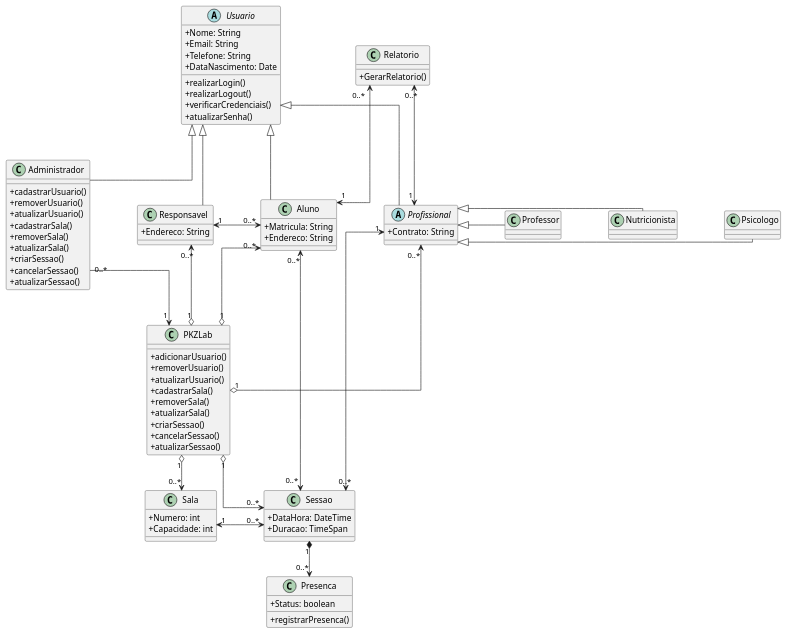
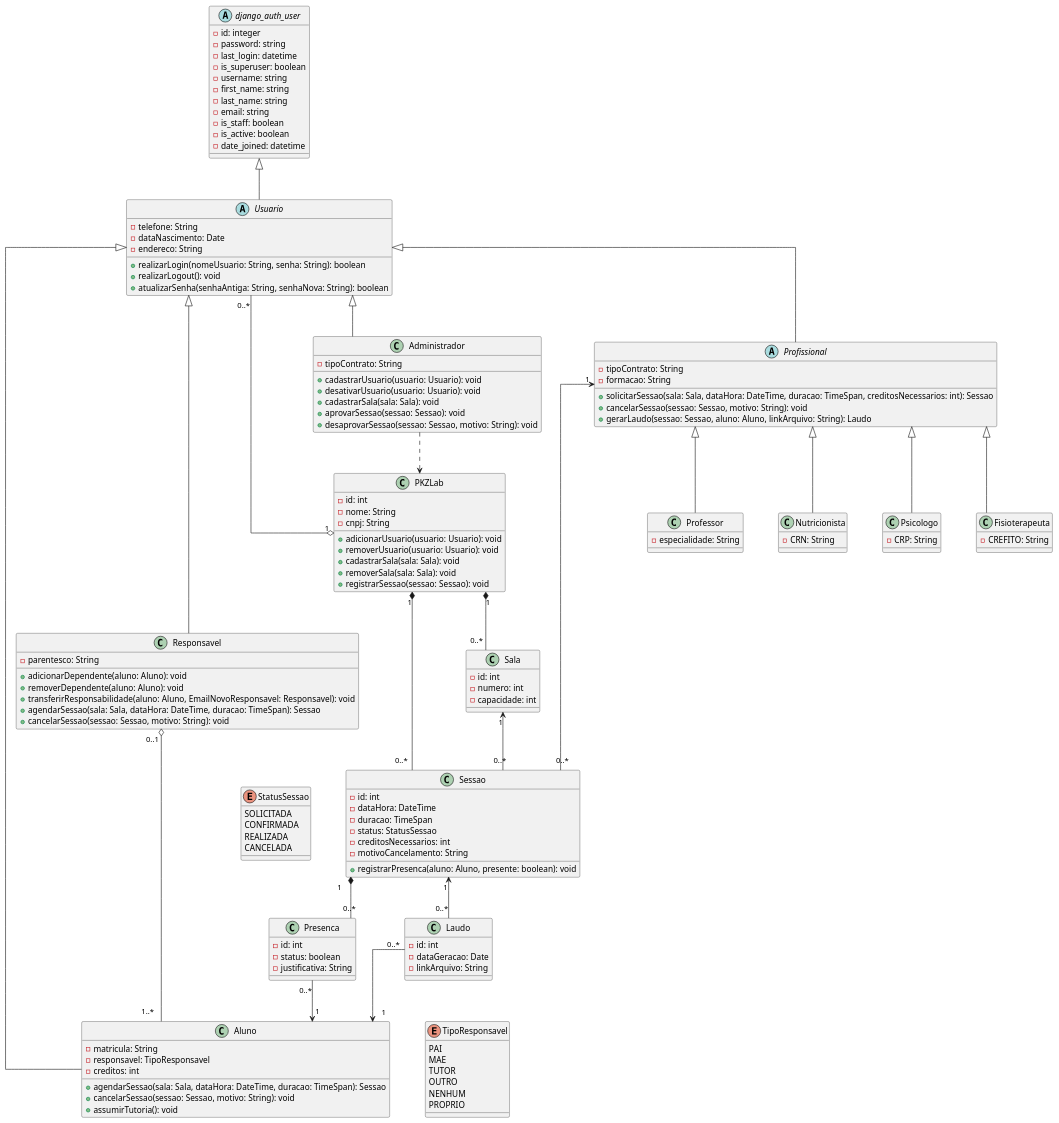
One commit to Projetos-de-Extensao/PECDII_26.2_8001_III changed the diagram in docs/Elaboracao/diagrama_de_classes_2.puml. Above: the diagram before and after it, drawn with PlantUML.

Commit message:
docs: termina diagrama de classes v2

```diff
--- a/docs/Elaboracao/diagrama_de_classes_2.puml
+++ b/docs/Elaboracao/diagrama_de_classes_2.puml
@@ -1,129 +1,188 @@
 @startuml
-
-skinparam classAttributeIconSize 0
 skinparam linetype ortho
-skinparam nodesep 80
-skinparam ranksep 60
+skinparam nodesep 60
+skinparam ranksep 70
 
 ' ==========================================
-' DECLARAÇÃO DAS CLASSES
+' ENUMS
+' ==========================================
+enum StatusSessao {
+    SOLICITADA
+    CONFIRMADA
+    REALIZADA
+    CANCELADA
+}
+
+' ==========================================
+' AGREGADOR RAIZ / SISTEMA (PKZLab)
+' ==========================================
+class PKZLab {
+    - id: int
+    - nome: String
+    - cnpj: String
+    + adicionarUsuario(usuario: Usuario): void
+    + removerUsuario(usuario: Usuario): void
+    + cadastrarSala(sala: Sala): void
+    + removerSala(sala: Sala): void
+    + registrarSessao(sessao: Sessao): void
+}
+
+' ==========================================
+' HIERARQUIA DE USUÁRIOS
 ' ==========================================
 
+abstract class django_auth_user {
+    - id: integer
+    - password: string
+    - last_login: datetime
+    - is_superuser: boolean
+    - username: string
+    - first_name: string
+    - last_name: string
+    - email: string
+    - is_staff: boolean
+    - is_active: boolean
+    - date_joined: datetime
+}
+
 abstract class Usuario {
-    + Nome: String
-    + Email: String
-    + Telefone: String
-    + DataNascimento: Date
-    + realizarLogin()
-    + realizarLogout()
-    + verificarCredenciais()
-    + atualizarSenha()
+    - telefone: String
+    - dataNascimento: Date
+    - endereco: String
+    + realizarLogin(nomeUsuario: String, senha: String): boolean
+    + realizarLogout(): void
+    + atualizarSenha(senhaAntiga: String, senhaNova: String): boolean
 }
 
 class Administrador {
-    + cadastrarUsuario()
-    + removerUsuario()
-    + atualizarUsuario()
-    + cadastrarSala()
-    + removerSala()
-    + atualizarSala()
-    + criarSessao()
-    + cancelarSessao()
-    + atualizarSessao()
+    - tipoContrato: String
+    + cadastrarUsuario(usuario: Usuario): void
+    + desativarUsuario(usuario: Usuario): void
+    + cadastrarSala(sala: Sala): void
+    + aprovarSessao(sessao: Sessao): void
+    + desaprovarSessao(sessao: Sessao, motivo: String): void
 }
 
 class Responsavel {
-    + Endereco: String
+    - parentesco: String
+    + adicionarDependente(aluno: Aluno): void
+    + removerDependente(aluno: Aluno): void
+    + transferirResponsabilidade(aluno: Aluno, EmailNovoResponsavel: Responsavel): void
+    + agendarSessao(sala: Sala, dataHora: DateTime, duracao: TimeSpan): Sessao
+    + cancelarSessao(sessao: Sessao, motivo: String): void
+
+}
+
+enum TipoResponsavel {
+    PAI
+    MAE
+    TUTOR
+    OUTRO
+    NENHUM
+    PROPRIO
 }
 
 class Aluno {
-    + Matricula: String
-    + Endereco: String
+    - matricula: String
+    - responsavel: TipoResponsavel
+    - creditos: int
+    + agendarSessao(sala: Sala, dataHora: DateTime, duracao: TimeSpan): Sessao
+    + cancelarSessao(sessao: Sessao, motivo: String): void
+    + assumirTutoria(): void
 }
 
 abstract class Profissional {
-    + Contrato: String
+    - tipoContrato: String
+    - formacao: String
+    + solicitarSessao(sala: Sala, dataHora: DateTime, duracao: TimeSpan, creditosNecessarios: int): Sessao
+    + cancelarSessao(sessao: Sessao, motivo: String): void
+    + gerarLaudo(sessao: Sessao, aluno: Aluno, linkArquivo: String): Laudo
 }
 
 class Professor {
+    - especialidade: String
+}
+
+class Nutricionista {
+    - CRN: String
 }
 
 class Psicologo {
+    - CRP: String
 }
 
-class Nutricionista {
+class Fisioterapeuta{
+    - CREFITO: String
 }
 
-class PKZLab {
-    + adicionarUsuario()
-    + removerUsuario()
-    + atualizarUsuario()
-    + cadastrarSala()
-    + removerSala()
-    + atualizarSala()
-    + criarSessao()
-    + cancelarSessao()
-    + atualizarSessao()
-}
+django_auth_user <|-- Usuario
 
-class Relatorio {
-    + GerarRelatorio()
-}
-
-class Sala {
-    + Numero: int
-    + Capacidade: int
-}
-
-class Sessao {
-    + DataHora: DateTime
-    + Duracao: TimeSpan
-}
-
-class Presenca {
-    + Status: boolean
-    + registrarPresenca()
-}
-
-' ==========================================
-' ESTRUTURA DE GRADE (ALINHAMENTO VISUAL)
-' ==========================================
-
-' --- LINHA 1 para LINHA 2: Herança de Usuario ---
 Usuario <|-- Administrador
 Usuario <|-- Responsavel
 Usuario <|-- Aluno
 Usuario <|-- Profissional
 
-' Trava a ordem horizontal da Linha 2:
-Administrador -[hidden]right-> Responsavel
-Responsavel "1" <-right-> "0..*" Aluno
-Aluno -[hidden]right-> Profissional
+Profissional <|-- Professor
+Profissional <|-- Nutricionista
+Profissional <|-- Psicologo
+Profissional <|-- Fisioterapeuta
 
-' --- Herança de Profissional (Empilhados à Direita) ---
-' 1. Posiciona as 3 subclasses na coluna à direita de Profissional:
-Profissional <|-right- Psicologo
-Profissional <|-right- Nutricionista
-Profissional <|-right- Professor
+Responsavel "0..1" o-- "1..*" Aluno
 
-' --- LINHA 2 para LINHA 3: PKZLab (Esquerda) e Relatorio (Centro-Direita) ---
-Administrador "0..*" --> "1" PKZLab
-Responsavel "0..*" <--o "1" PKZLab
-Aluno "0..*" <--o "1" PKZLab
-Profissional "0..*" <--o "1" PKZLab
+TipoResponsavel -[hidden]left-> Aluno
 
-Aluno "1" <-up-> "0..*" Relatorio
-Profissional "1" <--> "0..*" Relatorio
+' ==========================================
+' SESSÃO, SALA E AGENDAMENTO
+' ==========================================
+class Sala {
+    - id: int
+    - numero: int
+    - capacidade: int
+}
 
-' --- LINHA 3 para LINHA 4: Sala, Sessao e Presenca ---
-PKZLab "1" o--> "0..*" Sala
-PKZLab "1" o--> "0..*" Sessao
+class Sessao {
+    - id: int
+    - dataHora: DateTime
+    - duracao: TimeSpan
+    - status: StatusSessao
+    - creditosNecessarios: int
+    - motivoCancelamento: String
+    + registrarPresenca(aluno: Aluno, presente: boolean): void
+}
 
-Aluno "0..*" <---> "0..*" Sessao
-Profissional "1" <---> "0..*" Sessao
+class Presenca {
+    - id: int
+    - status: boolean
+    - justificativa: String
+}
 
-' Trava a ordem horizontal da Linha 4 (Base):
-Sala "1" <-right-> "0..*" Sessao
-Sessao "1" *-down-> "0..*" Presenca
+class Laudo {
+    - id: int
+    - dataGeracao: Date
+    - linkArquivo: String
+}
+
+' ==========================================
+' RELACIONAMENTOS DO PKZLab E ADMINISTRAÇÃO
+' ==========================================
+PKZLab "1" o-- "0..*" Usuario
+PKZLab "1" *-- "0..*" Sala
+PKZLab "1" *-- "0..*" Sessao
+
+Administrador ..> PKZLab
+
+' ==========================================
+' RELACIONAMENTOS OPERACIONAIS
+' ==========================================
+Profissional "1" <-- "0..*" Sessao
+Sala "1" <-- "0..*" Sessao
+
+Sessao "1" *-- "0..*" Presenca
+Presenca "0..*" --> "1" Aluno
+
+Sessao "1" <-- "0..*" Laudo
+Laudo "0..*" --> "1" Aluno
+
+StatusSessao -[hidden]right-> Sessao
 
 @enduml
```
